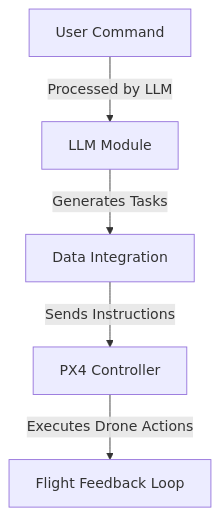
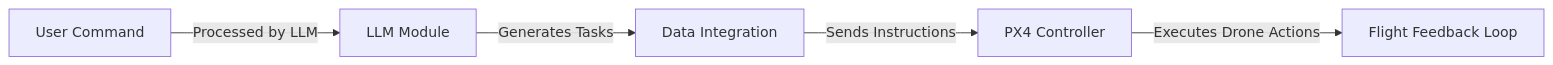
Before and after one commit to Bapiggott/IsaacDroneControl: the diagram in test.md, drawn with Mermaid. The commit also changed other lines of this file, not shown here.

````diff
--- a/test.md
+++ b/test.md
@@ -63,7 +65,7 @@
 ```mermaid
-graph TD;
+graph LR;
   A[User Command] -->|Processed by LLM| B[LLM Module];
   B -->|Generates Tasks| C[Data Integration];
   C -->|Sends Instructions| D[PX4 Controller];
   D -->|Executes Drone Actions| E[Flight Feedback Loop];
 ```
````
